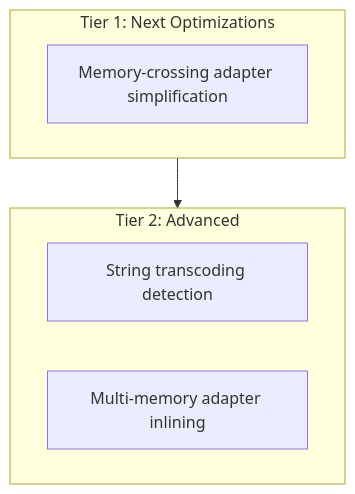
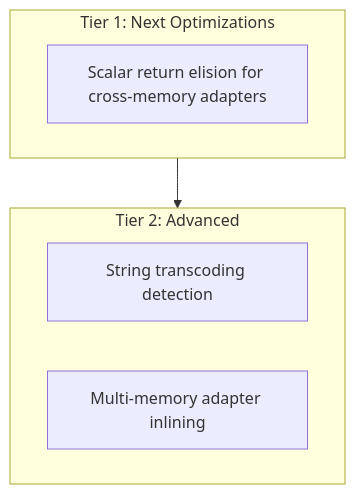
Before and after one commit to pulseengine/loom: the eighth of 8 diagrams in docs/design/fused-component-optimization.md, drawn with Mermaid. The commit also changed other lines of this file and 8 other files, not shown here.

First line of the commit message:
feat: add memory index tracking to all load/store instructions and generalize multi-memory adapter collapse

````diff
--- a/docs/design/fused-component-optimization.md
+++ b/docs/design/fused-component-optimization.md
@@ -403,13 +433,13 @@
 ```mermaid
 flowchart TD
     subgraph tier1["Tier 1: Next Optimizations"]
-        T1["Memory-crossing adapter simplification"]
+        T1["Scalar return elision for cross-memory adapters"]
     end
 
     subgraph tier2["Tier 2: Advanced"]
         A1["String transcoding detection"]
         A2["Multi-memory adapter inlining"]
     end
 
     tier1 --> tier2
 ```
````
